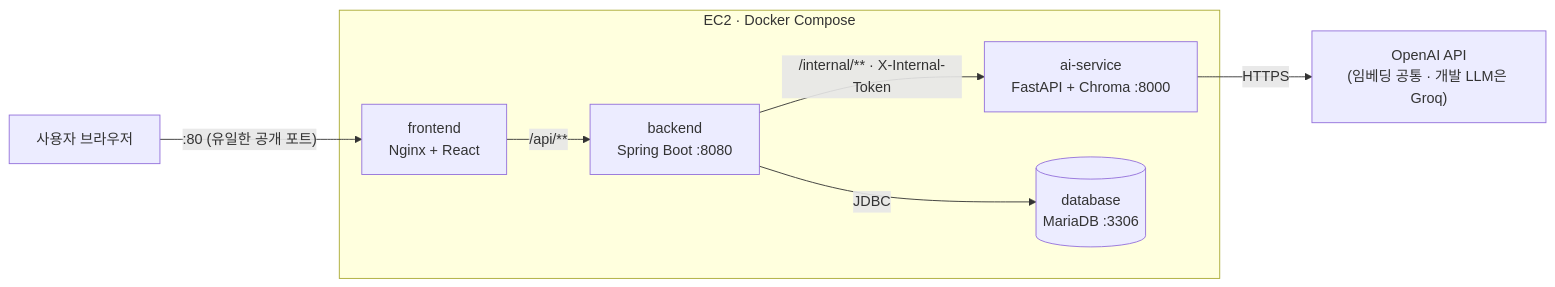
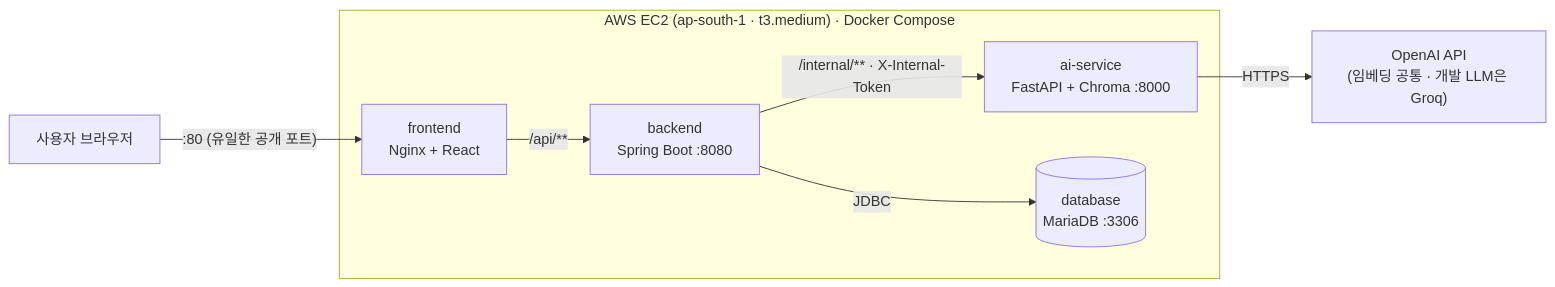
The first of 3 diagrams in docs/2.시스템아키텍처설계서.md (mini-project3-team2/Mini_Project_3), drawn with Mermaid before and after one commit. The commit also changed other lines of this file, not shown here.

````diff
--- a/docs/2.시스템아키텍처설계서.md
+++ b/docs/2.시스템아키텍처설계서.md
@@ -24,16 +24,16 @@
 ```mermaid
 flowchart LR
     U["사용자 브라우저"] -->|":80 (유일한 공개 포트)"| FE
 
-    subgraph EC2["EC2 · Docker Compose"]
+    subgraph EC2["AWS EC2 (ap-south-1 · t3.medium) · Docker Compose"]
         FE["frontend<br/>Nginx + React"]
         BE["backend<br/>Spring Boot :8080"]
         AI["ai-service<br/>FastAPI + Chroma :8000"]
         DB[("database<br/>MariaDB :3306")]
         FE -->|"/api/**"| BE
         BE -->|"/internal/** · X-Internal-Token"| AI
         BE -->|"JDBC"| DB
     end
 
     AI -->|HTTPS| LLM["OpenAI API<br/>(임베딩 공통 · 개발 LLM은 Groq)"]
 ```
````
